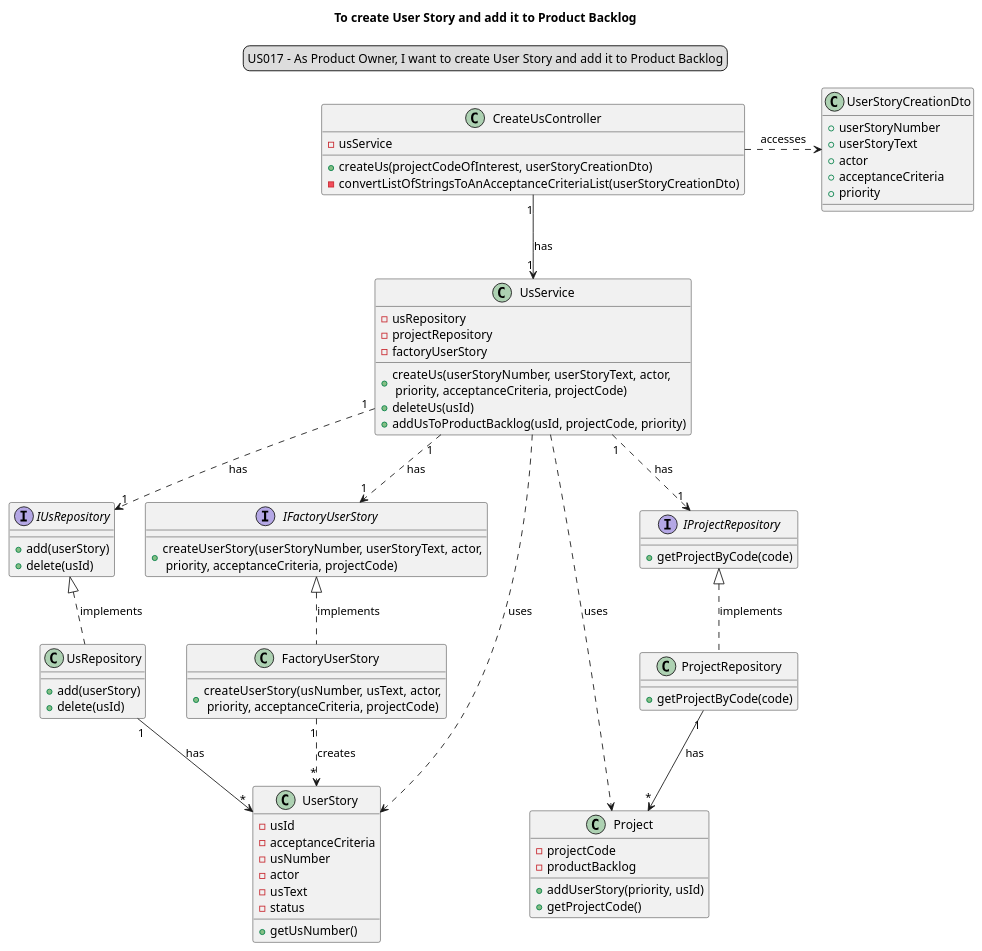
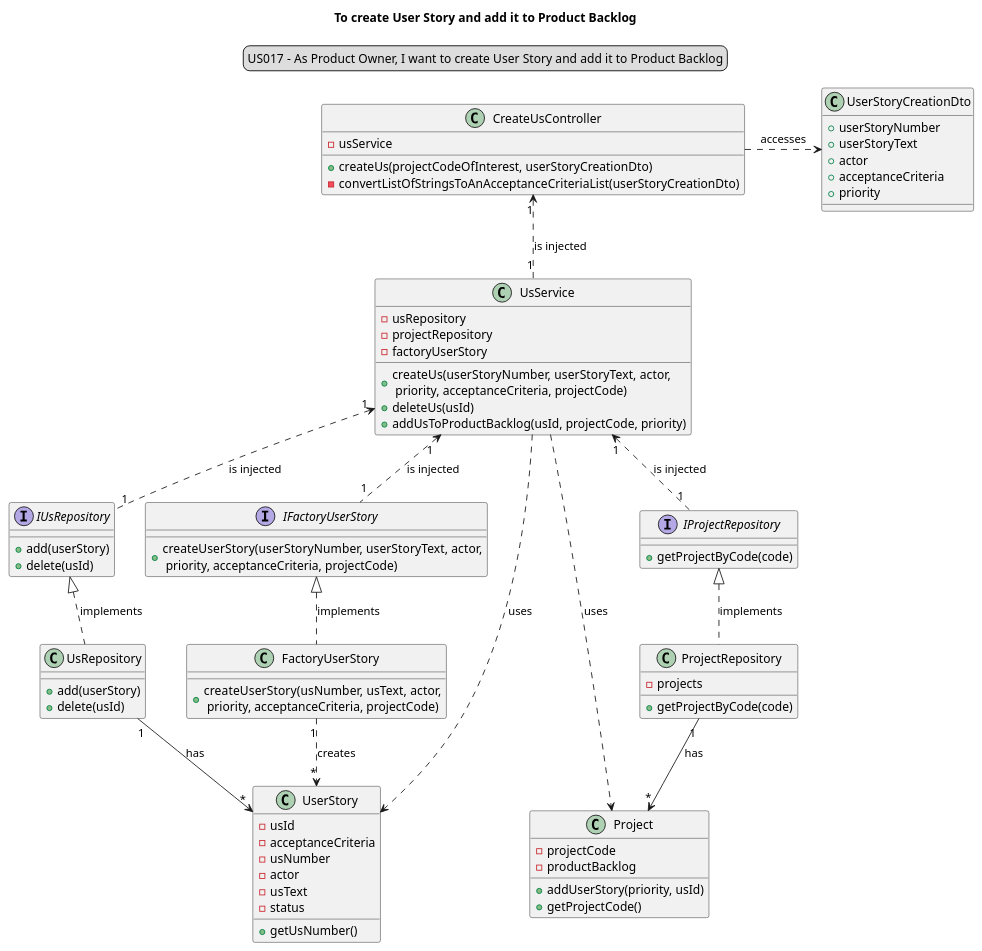
Before and after one commit to Loracline/project_switch_22-23: the diagram in docs/modelling_design/user_stories/sprint03/us017/US017_classDiagram.puml, drawn with PlantUML.

Commit message:
US017: Design: Updated class diagram, closes #347

```diff
--- a/docs/modelling_design/user_stories/sprint03/us017/US017_classDiagram.puml
+++ b/docs/modelling_design/user_stories/sprint03/us017/US017_classDiagram.puml
@@ -1,117 +1,97 @@
 @startuml
 'https://plantuml.com/sequence-diagram
 legend top
 US017 - As Product Owner, I want to create User Story and add it to Product Backlog
 end legend
 skinparam sequenceMessageAlign center
 title To create User Story and add it to Product Backlog
 
 
 class "CreateUsController" {
 - usService
 + createUs(projectCodeOfInterest, userStoryCreationDto)
 -convertListOfStringsToAnAcceptanceCriteriaList(userStoryCreationDto)
 }
 
 class "UserStoryCreationDto"{
 +userStoryNumber
 +userStoryText
 +actor
 +acceptanceCriteria
 +priority
 }
 
 class "UsService" {
 - usRepository
 - projectRepository
 - factoryUserStory
 + createUs(userStoryNumber, userStoryText, actor,\n priority, acceptanceCriteria, projectCode)
 + deleteUs(usId)
 + addUsToProductBacklog(usId, projectCode, priority)
 }
 
 interface "IFactoryUserStory" {
 + createUserStory(userStoryNumber, userStoryText, actor,\n priority, acceptanceCriteria, projectCode)
 }
 
 class "FactoryUserStory"{
 + createUserStory(usNumber, usText, actor,\n priority, acceptanceCriteria, projectCode)
 }
 
 interface "IProjectRepository"{
 +getProjectByCode(code)
 }
 
 class "ProjectRepository"{
+- projects
 +getProjectByCode(code)
 }
 
 interface "IUsRepository"{
 +add(userStory)
 +delete(usId)
 }
 
 class "UsRepository"{
 +add(userStory)
 +delete(usId)
 }
 
 class "Project"{
 -projectCode
 -productBacklog
 + addUserStory(priority, usId)
 + getProjectCode()
 }
 
 class "UserStory"{
 - usId
 - acceptanceCriteria
 - usNumber
 - actor
 - usText
 - status
 + getUsNumber()
 }
 
 
 "CreateUsController" .> "UserStoryCreationDto": accesses
-"CreateUsController" "1"-->"1" "UsService": has
+"CreateUsController" "1"<.."1" "UsService": is injected
 
-"UsService" "1" ..> "1" "IFactoryUserStory": has
+"UsService" "1" <.. "1" "IFactoryUserStory": is injected
 "IFactoryUserStory" <|.. "FactoryUserStory": implements
 "FactoryUserStory" "1"..>"*" "UserStory": creates
 
 
-"UsService" "1" ..> "1" "IProjectRepository": has
+"UsService" "1" <.. "1" "IProjectRepository": is injected
 "IProjectRepository" <|.. "ProjectRepository": implements
 "ProjectRepository" "1"-->"*" "Project": has
 
-"UsService" "1" ..> "1" "IUsRepository": has
+"UsService" "1" <.. "1" "IUsRepository": is injected
 "IUsRepository" <|.. "UsRepository": implements
 "UsRepository" "1"-->"*" "UserStory": has
 
 "UsService" ..> "UserStory": uses
 "UsService" ..> "Project": uses
 
-
-
-/'
-
-
-
-
-
-
-
-"CreateUsController" "1"-->"1" "ProjectService": has
-"CreateUsController" ..>"ProjectDto": uses
-"ProjectService" ..> "Project": uses
-"ProjectService" "1"-->"1" "IProjectRepository": contains
-
-"Project" "1"-->"1" "ProductBacklog": has
-"UsService" "1"-->"1" "IFactoryUserStory": has
-
-"UsService" "1"-->"1" "IUsRepository": contains
-"IUsRepository" "1"-->"*" "UserStory": has
-"UserStoryCreationDto" <.. "IFactoryUserStory": uses'/
 @enduml
```
